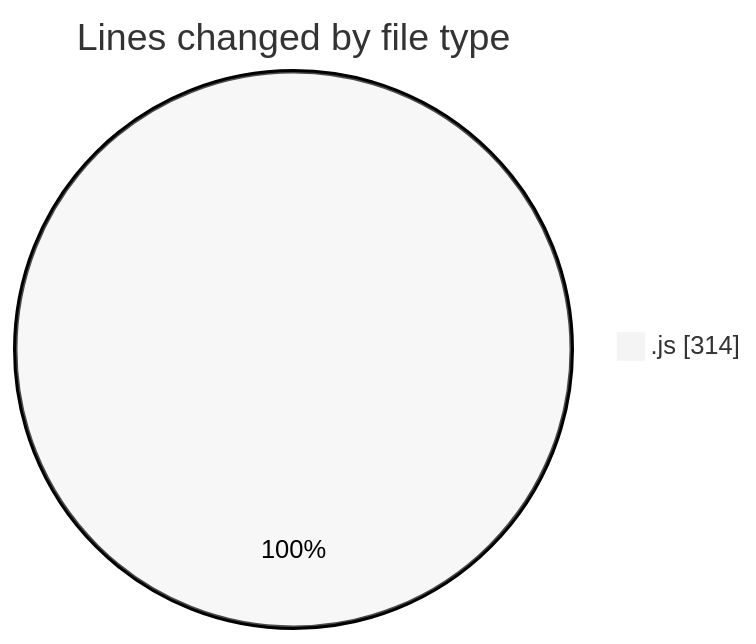
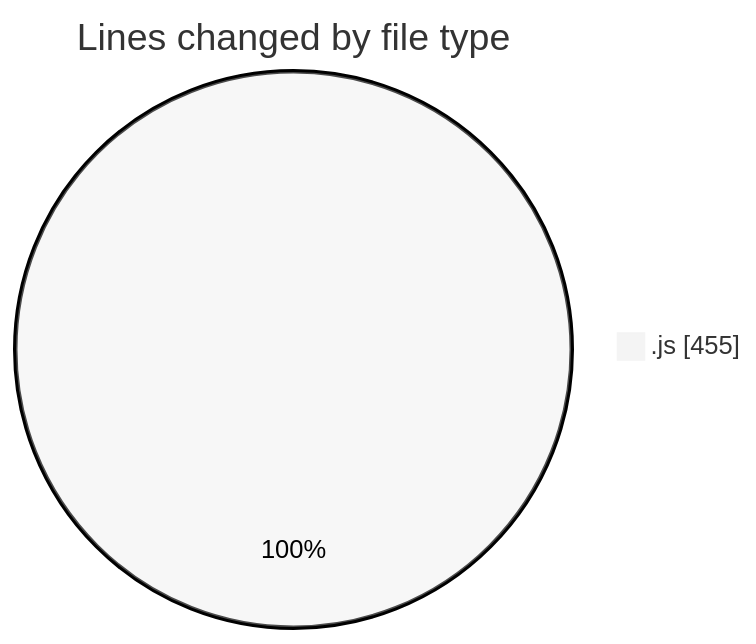
Before and after one commit to nxtqubesakshisongat/code-tracking: the first of 2 diagrams in 2025-04-16/nxtqube_webapp/README.md, drawn with Mermaid (neutral theme). The commit also changed other lines of this file and 1 other file, not shown here.

````diff
--- a/2025-04-16/nxtqube_webapp/README.md
+++ b/2025-04-16/nxtqube_webapp/README.md
@@ -20,5 +21,5 @@
 ```mermaid
 pie showData
 title Lines changed by file type
-".js" : 314
+".js" : 455
 ```
````
